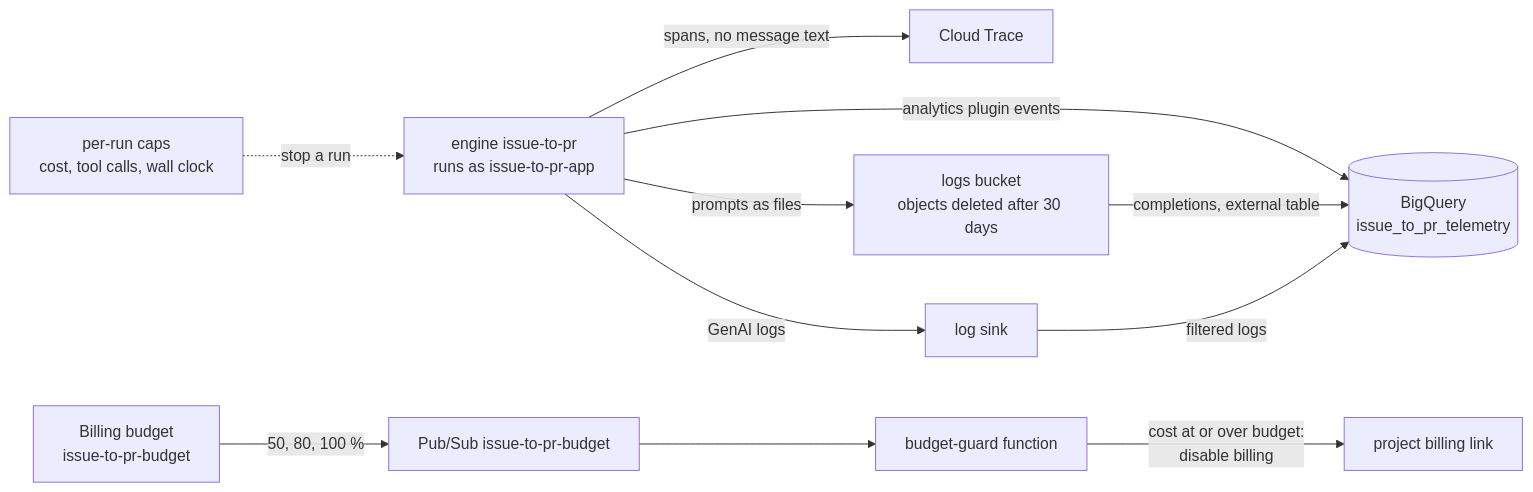
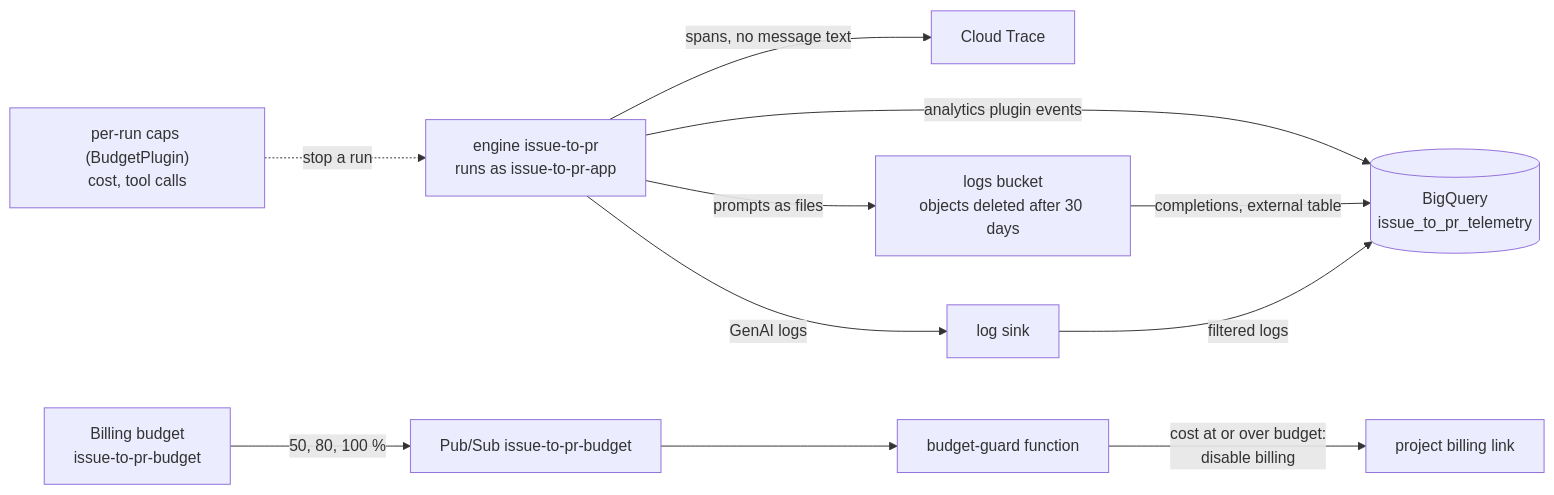
One commit to omarcevi/sdlc-agent-pipeline changed the third of 5 diagrams in docs/architecture.md. Above: the diagram before and after it, drawn with Mermaid. The commit also changed other lines of this file and 6 other files, not shown here.

````diff
--- a/docs/architecture.md
+++ b/docs/architecture.md
@@ -57,13 +59,13 @@
 ```mermaid
 flowchart LR
     engine["engine issue-to-pr<br/>runs as issue-to-pr-app"] -->|"spans, no message text"| trace["Cloud Trace"]
     engine -->|"GenAI logs"| sink["log sink"]
     engine -->|"prompts as files"| bucket["logs bucket<br/>objects deleted after 30 days"]
     engine -->|"analytics plugin events"| bq[("BigQuery<br/>issue_to_pr_telemetry")]
     bucket -->|"completions, external table"| bq
     sink -->|"filtered logs"| bq
-    caps["per-run caps<br/>cost, tool calls, wall clock"] -.->|"stop a run"| engine
+    caps["per-run caps (BudgetPlugin)<br/>cost, tool calls"] -.->|"stop a run"| engine
     budget["Billing budget<br/>issue-to-pr-budget"] -->|"50, 80, 100 %"| topic["Pub/Sub issue-to-pr-budget"]
     topic --> guard["budget-guard function"]
     guard -->|"cost at or over budget:<br/>disable billing"| billing["project billing link"]
 ```
````
